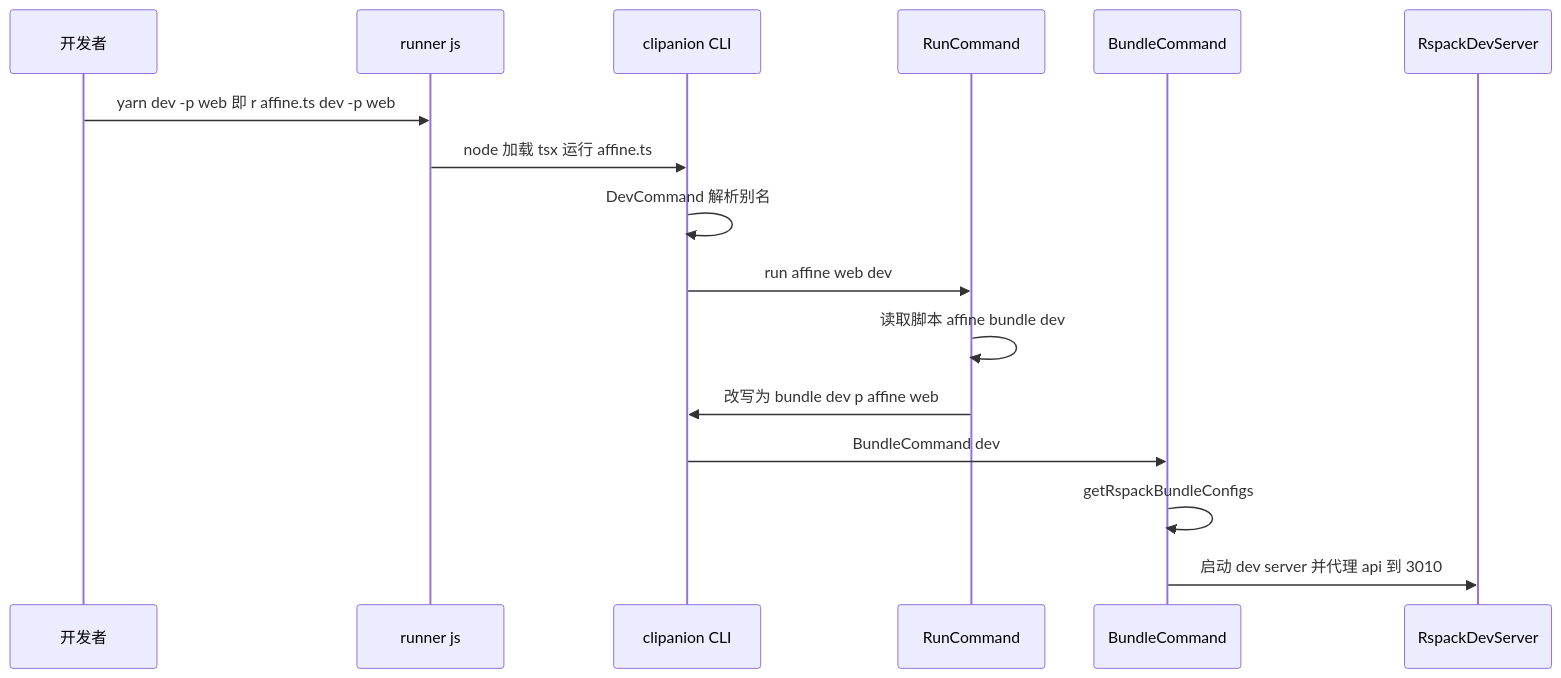
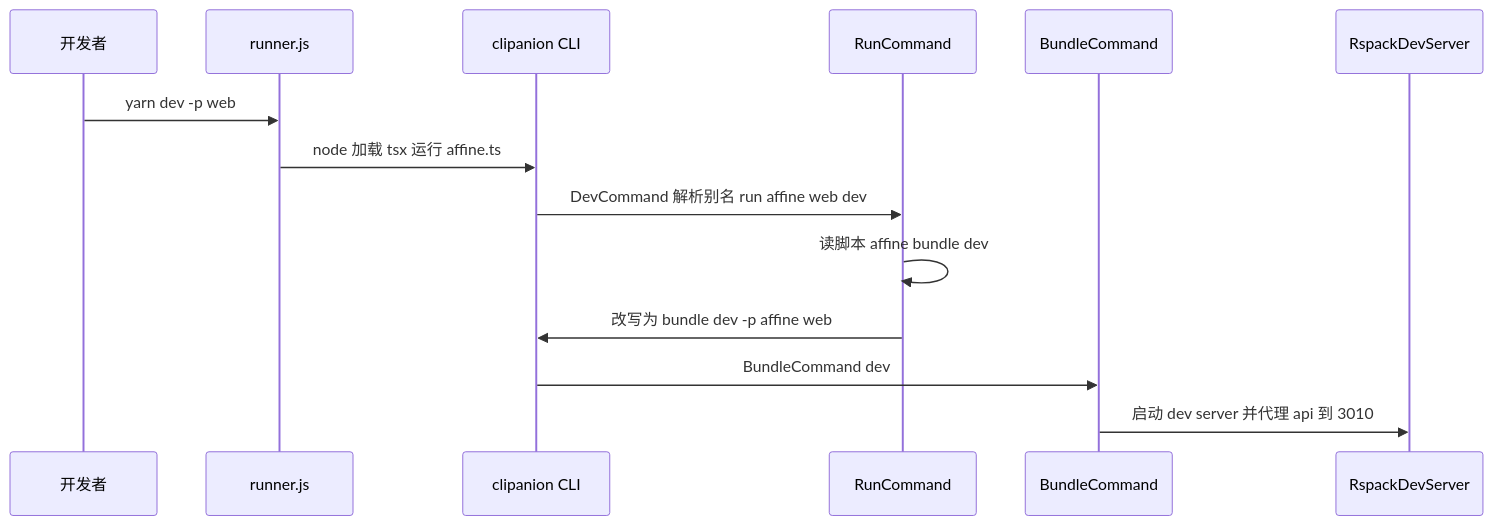
Before and after one commit to lfire/AFFiNE: the second of 3 diagrams in learning-guide/slides/decks/10.md, drawn with Mermaid. The commit also changed other lines of this file and 46 other files, not shown here.

````diff
--- a/learning-guide/slides/decks/10.md
+++ b/learning-guide/slides/decks/10.md
@@ -137,18 +126,16 @@
 ```mermaid
 sequenceDiagram
   participant U as 开发者
-  participant R as runner js
+  participant R as runner.js
   participant C as clipanion CLI
   participant Run as RunCommand
   participant B as BundleCommand
   participant S as RspackDevServer
-  U->>R: yarn dev -p web 即 r affine.ts dev -p web
+  U->>R: yarn dev -p web
   R->>C: node 加载 tsx 运行 affine.ts
-  C->>C: DevCommand 解析别名
-  C->>Run: run affine web dev
-  Run->>Run: 读取脚本 affine bundle dev
-  Run->>C: 改写为 bundle dev p affine web
+  C->>Run: DevCommand 解析别名 run affine web dev
+  Run->>Run: 读脚本 affine bundle dev
+  Run->>C: 改写为 bundle dev -p affine web
   C->>B: BundleCommand dev
-  B->>B: getRspackBundleConfigs
   B->>S: 启动 dev server 并代理 api 到 3010
 ```
````
